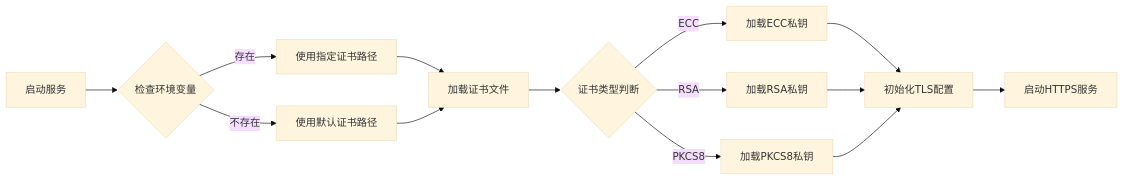
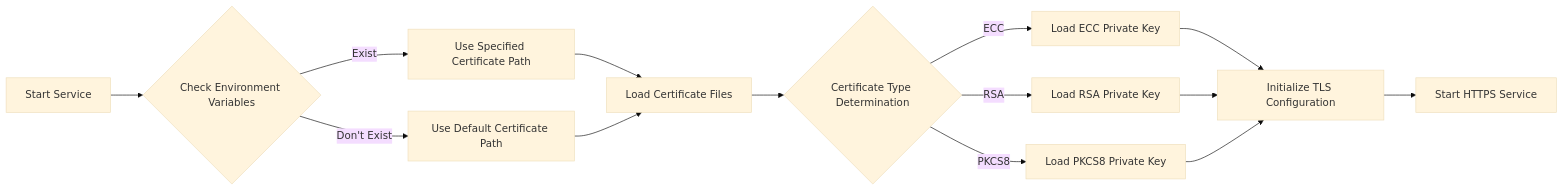
One commit to harrisonwang/docxy changed the third of 3 diagrams in README.md. Above: the diagram before and after it, drawn with Mermaid (base theme). The commit also changed other lines of this file and 6 other files, not shown here.

````diff
--- a/README.md
+++ b/README.md
@@ -120,16 +130,16 @@
 ```mermaid
 flowchart LR
-    A[启动服务] --> B{检查环境变量}
-    B -->|存在| C[使用指定证书路径]
-    B -->|不存在| D[使用默认证书路径]
-    C --> E[加载证书文件]
+    A[Start Service] --> B{Check Environment Variables}
+    B -->|Exist| C[Use Specified Certificate Path]
+    B -->|Don't Exist| D[Use Default Certificate Path]
+    C --> E[Load Certificate Files]
     D --> E
-    E --> F{证书类型判断}
-    F -->|ECC| G[加载ECC私钥]
-    F -->|RSA| H[加载RSA私钥]
-    F -->|PKCS8| I[加载PKCS8私钥]
-    G --> J[初始化TLS配置]
+    E --> F{Certificate Type Determination}
+    F -->|ECC| G[Load ECC Private Key]
+    F -->|RSA| H[Load RSA Private Key]
+    F -->|PKCS8| I[Load PKCS8 Private Key]
+    G --> J[Initialize TLS Configuration]
     H --> J
     I --> J
-    J --> K[启动HTTPS服务]
+    J --> K[Start HTTPS Service]
 ```
````
